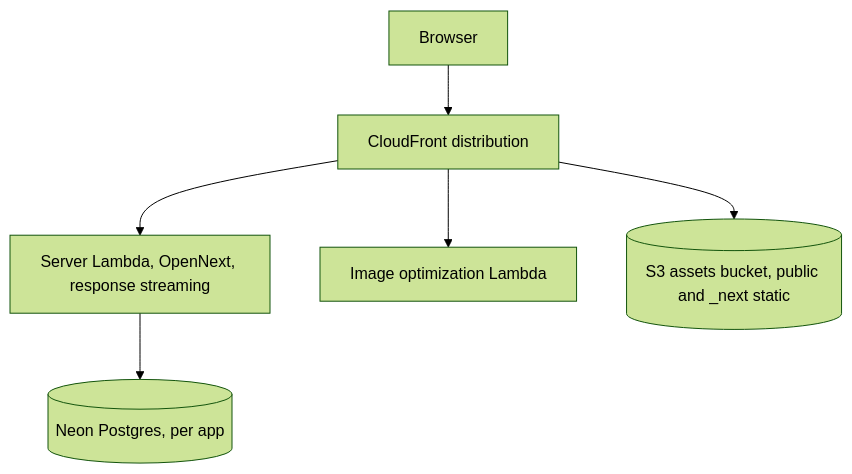
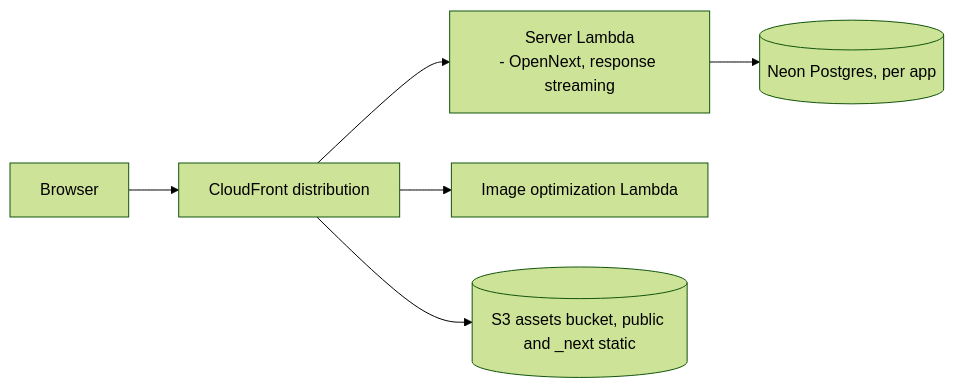
One commit to elleskay/platform changed the second of 5 diagrams in README.md. Above: the diagram before and after it, drawn with Mermaid (forest theme). The commit also changed other lines of this file, not shown here.

````diff
--- a/README.md
+++ b/README.md
@@ -104,8 +119,14 @@
 ```mermaid
-flowchart TD
-  U[Browser] --> CF[CloudFront distribution]
-  CF --> SRV[Server Lambda, OpenNext, response streaming]
-  CF --> IMG[Image optimization Lambda]
-  CF --> S3[(S3 assets bucket, public and _next static)]
-  SRV --> NEON[(Neon Postgres, per app)]
+flowchart LR
+  U["Browser"]
+  CF["CloudFront distribution"]
+  SRV["Server Lambda<br/>- OpenNext, response streaming"]
+  IMG["Image optimization Lambda"]
+  S3[("S3 assets bucket, public and _next static")]
+  NEON[("Neon Postgres, per app")]
+  U --> CF
+  CF --> SRV
+  CF --> IMG
+  CF --> S3
+  SRV --> NEON
 ```
````
